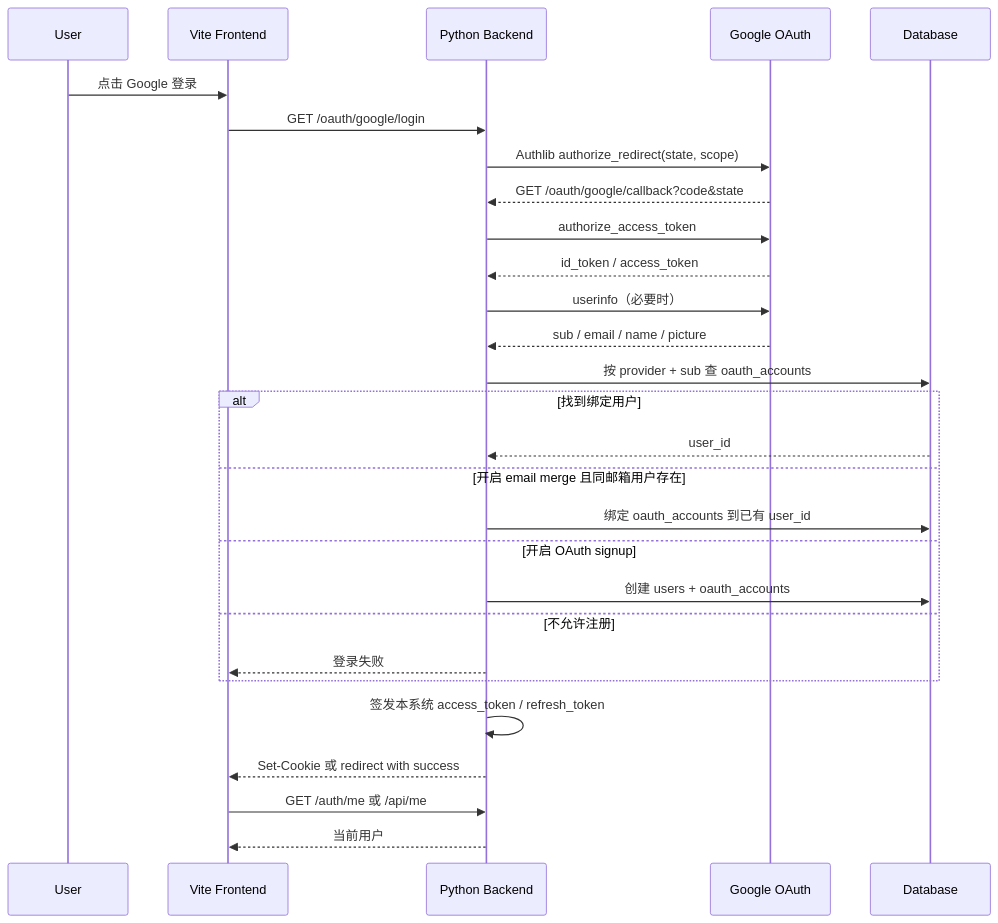
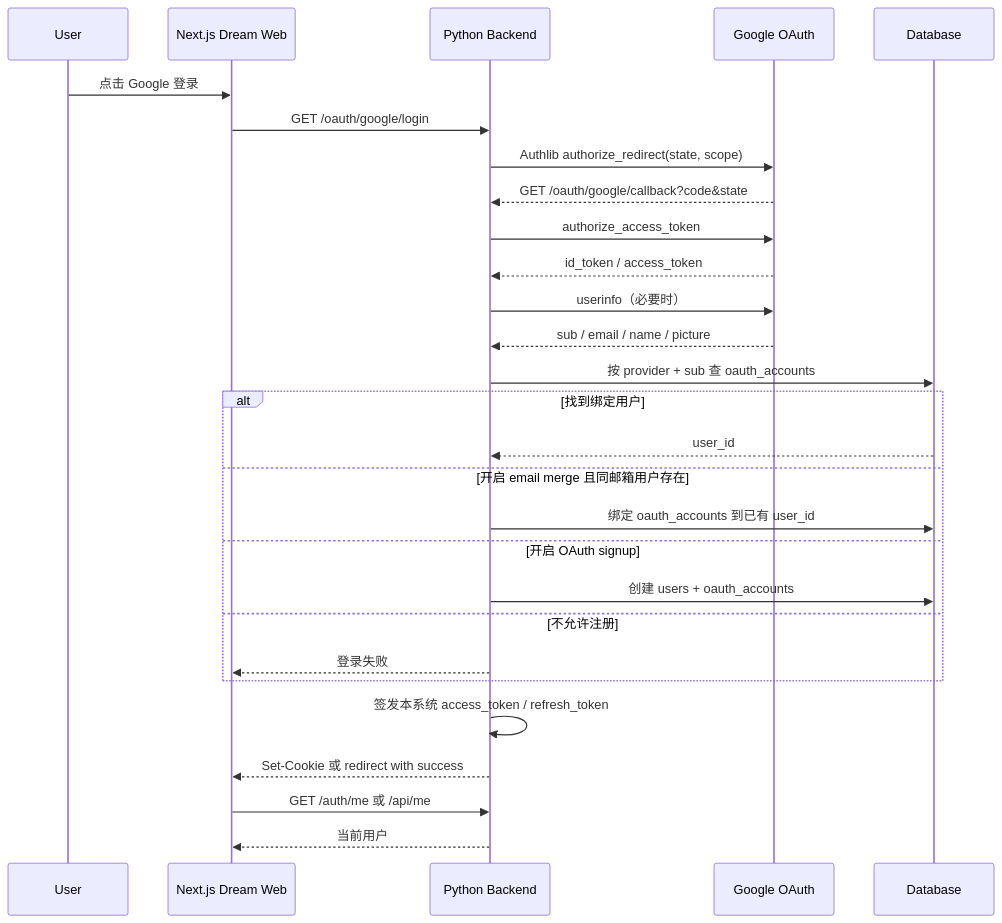
The first of 3 diagrams in docs/architecture/auth.md (glide-the/im-dream), drawn with Mermaid before and after one commit. The commit also changed other lines of this file and 106 other files, not shown here.

Commit message:
docs: align Dream architecture with Next workspace

````diff
--- a/docs/architecture/auth.md
+++ b/docs/architecture/auth.md
@@ -56,31 +61,31 @@
 ```mermaid
 sequenceDiagram
     participant User
-    participant FE as Vite Frontend
+    participant FE as Next.js Dream Web
     participant BE as Python Backend
     participant Google as Google OAuth
     participant DB as Database
 
     User->>FE: 点击 Google 登录
     FE->>BE: GET /oauth/google/login
     BE->>Google: Authlib authorize_redirect(state, scope)
     Google-->>BE: GET /oauth/google/callback?code&state
     BE->>Google: authorize_access_token
     Google-->>BE: id_token / access_token
     BE->>Google: userinfo（必要时）
     Google-->>BE: sub / email / name / picture
     BE->>DB: 按 provider + sub 查 oauth_accounts
     alt 找到绑定用户
         DB-->>BE: user_id
     else 开启 email merge 且同邮箱用户存在
         BE->>DB: 绑定 oauth_accounts 到已有 user_id
     else 开启 OAuth signup
         BE->>DB: 创建 users + oauth_accounts
     else 不允许注册
         BE-->>FE: 登录失败
     end
     BE->>BE: 签发本系统 access_token / refresh_token
     BE-->>FE: Set-Cookie 或 redirect with success
     FE->>BE: GET /auth/me 或 /api/me
     BE-->>FE: 当前用户
 ```
````
